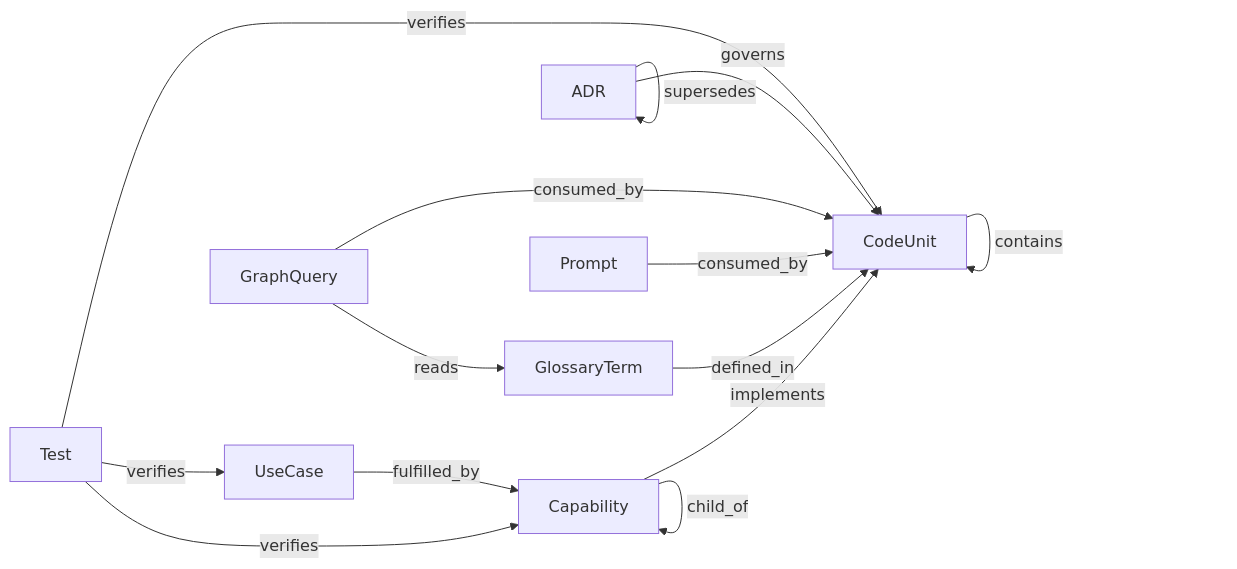
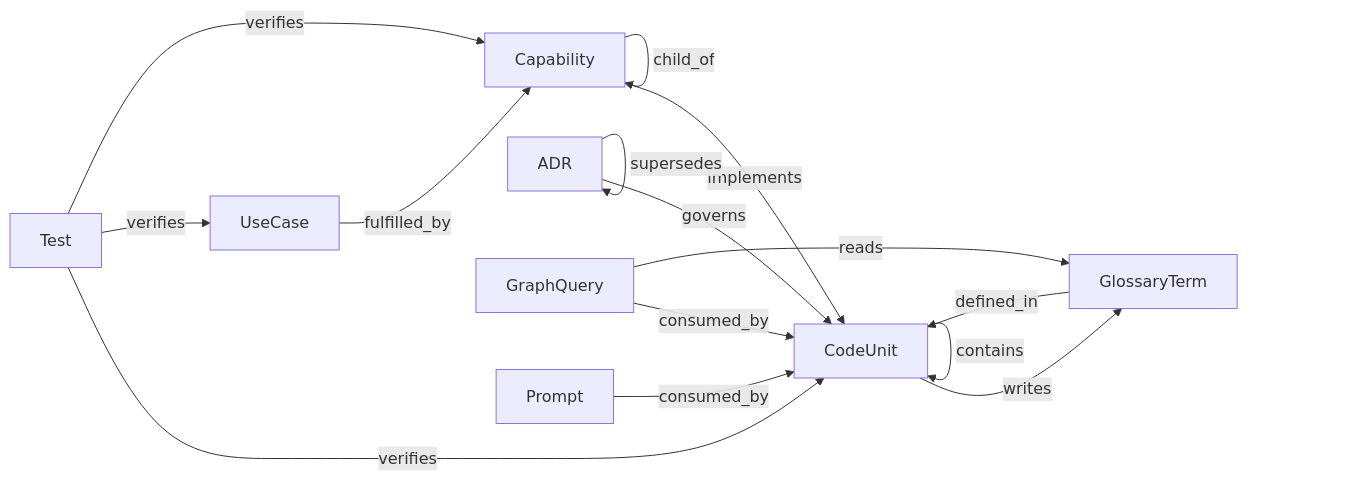
The diagram in docs/graph/index.md (DigitalCowboyN/interview_analyzer_chaining), drawn with Mermaid before and after one commit. The commit also changed other lines of this file and 10 other files, not shown here.

First line of the commit message:
feat(graph): writes edge (handler module -> Neo4j label) — harvest-grain, closes schema blast-radius

````diff
--- a/docs/graph/index.md
+++ b/docs/graph/index.md
@@ -33,17 +34,18 @@
 ```mermaid
 graph LR
     Capability -->|implements| CodeUnit
     Capability -->|child_of| Capability
     CodeUnit -->|depends_on| CodeUnit
     CodeUnit -->|contains| CodeUnit
     ADR -->|governs| CodeUnit
     ADR -->|supersedes| ADR
     UseCase -->|fulfilled_by| Capability
     Test -->|verifies| CodeUnit
     Test -->|verifies| UseCase
     Test -->|verifies| Capability
     GlossaryTerm -->|defined_in| CodeUnit
     GraphQuery -->|consumed_by| CodeUnit
     Prompt -->|consumed_by| CodeUnit
     GraphQuery -->|reads| GlossaryTerm
+    CodeUnit -->|writes| GlossaryTerm
 ```
````
